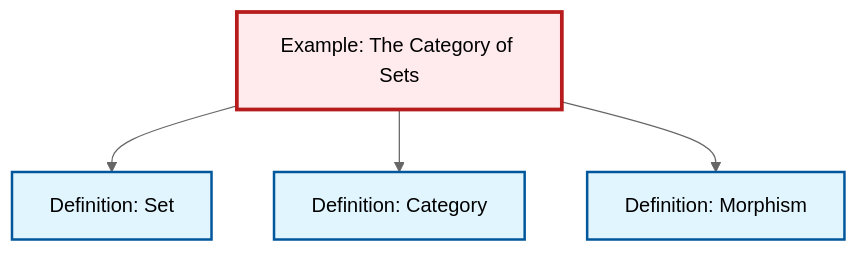
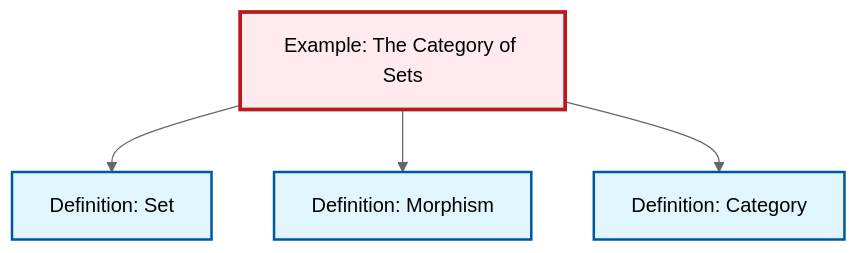
Before and after one commit to RK0429/ModernMath: the diagram in content/en/category-theory/ex-set-category.qmd, drawn with Mermaid (neutral theme). The commit also changed other lines of this file and 434 other files, not shown here.

````diff
--- a/content/en/category-theory/ex-set-category.qmd
+++ b/content/en/category-theory/ex-set-category.qmd
@@ -68,20 +68,20 @@
 ```{mermaid}
 %%| fig-cap: "Local dependency graph"
 graph TD
     classDef definition fill:#e1f5fe,stroke:#01579b,stroke-width:2px
     classDef theorem fill:#f3e5f5,stroke:#4a148c,stroke-width:2px
     classDef axiom fill:#fff3e0,stroke:#e65100,stroke-width:2px
     classDef example fill:#e8f5e9,stroke:#1b5e20,stroke-width:2px
     classDef current fill:#ffebee,stroke:#b71c1c,stroke-width:3px
+    def-set["Definition: Set"]:::definition
+    def-morphism["Definition: Morphism"]:::definition
+    ex-set-category["Example: The Category of Sets"]:::example
     def-category["Definition: Category"]:::definition
-    def-morphism["Definition: Morphism"]:::definition
-    def-set["Definition: Set"]:::definition
-    ex-set-category["Example: The Category of Sets"]:::example
     ex-set-category --> def-set
+    ex-set-category --> def-morphism
     ex-set-category --> def-category
-    ex-set-category --> def-morphism
     class ex-set-category current
+    click def-set "def-set.html" "Go to Set definition"
+    click def-morphism "def-morphism.html" "Go to Morphism definition"
     click def-category "def-category.html" "Go to Category definition"
-    click def-morphism "def-morphism.html" "Go to Morphism definition"
-    click def-set "def-set.html" "Go to Set definition"
 ```
````
